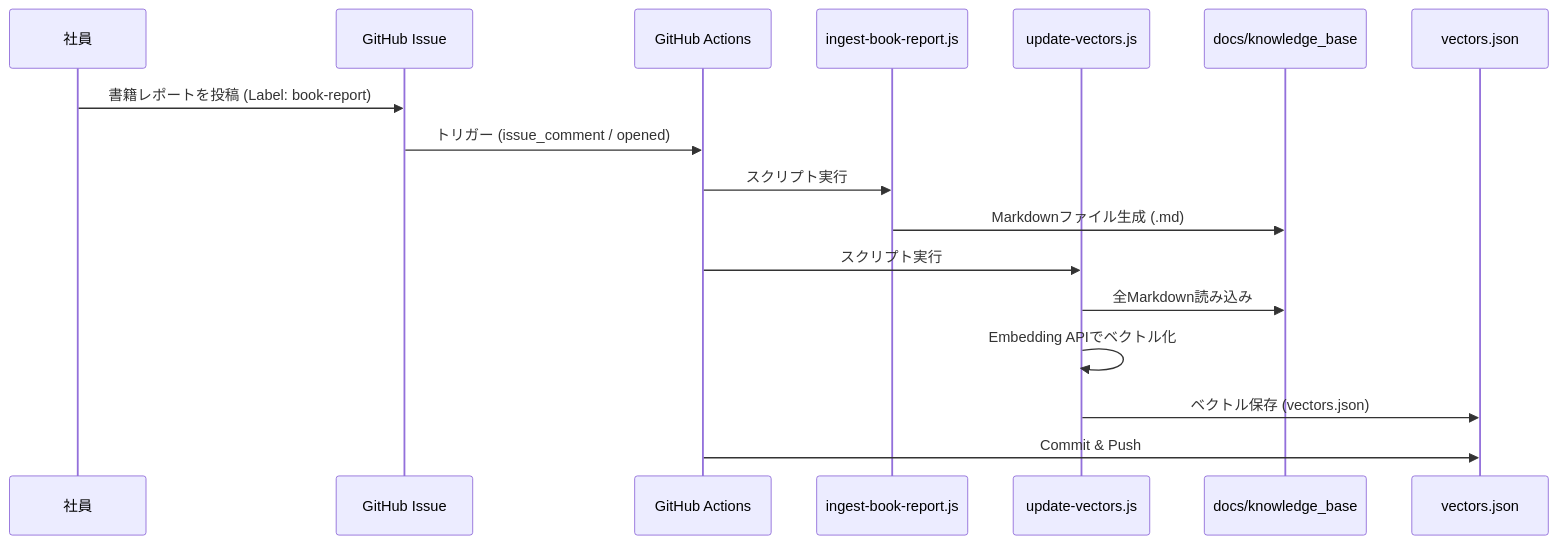
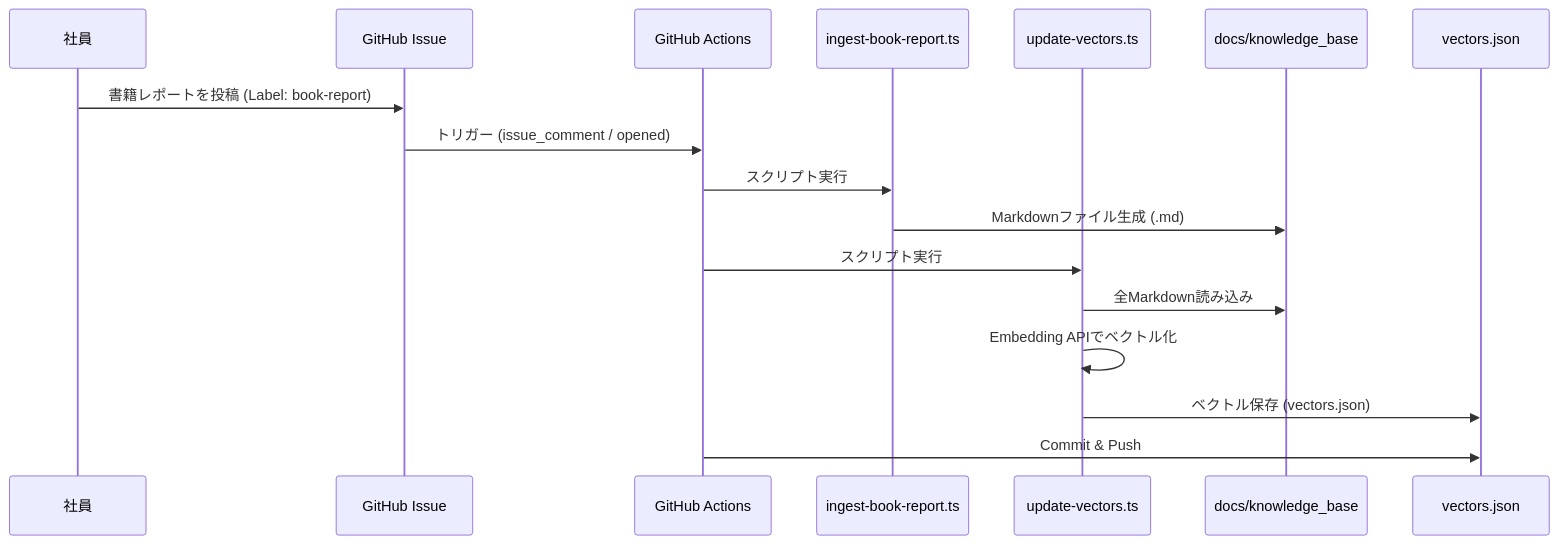
One commit to Saitekiinc-com/saiteki-study-doc changed the first of 2 diagrams in README.md. Above: the diagram before and after it, drawn with Mermaid. The commit also changed other lines of this file and 2 other files, not shown here.

Commit message:
fix: update generate-roadmap workflow and readme refs for ts migration

````diff
--- a/README.md
+++ b/README.md
@@ -52,20 +52,20 @@
 ```mermaid
 sequenceDiagram
     participant User as 社員
     participant Issue as GitHub Issue
     participant Action as GitHub Actions
-    participant Ingest as ingest-book-report.js
-    participant Vector as update-vectors.js
+    participant Ingest as ingest-book-report.ts
+    participant Vector as update-vectors.ts
     participant KB as docs/knowledge_base
     participant JSON as vectors.json
 
     User->>Issue: 書籍レポートを投稿 (Label: book-report)
     Issue->>Action: トリガー (issue_comment / opened)
     Action->>Ingest: スクリプト実行
     Ingest->>KB: Markdownファイル生成 (.md)
     Action->>Vector: スクリプト実行
     Vector->>KB: 全Markdown読み込み
     Vector->>Vector: Embedding APIでベクトル化
     Vector->>JSON: ベクトル保存 (vectors.json)
     Action->>JSON: Commit & Push
 ```
````
